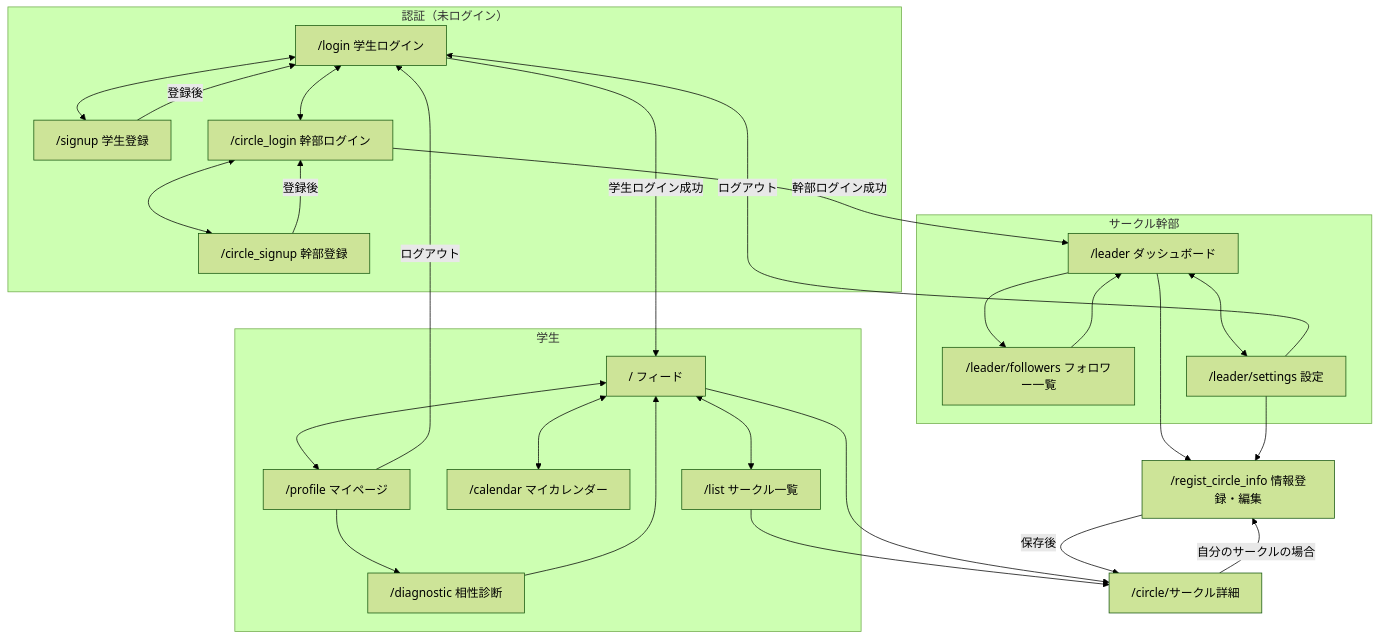
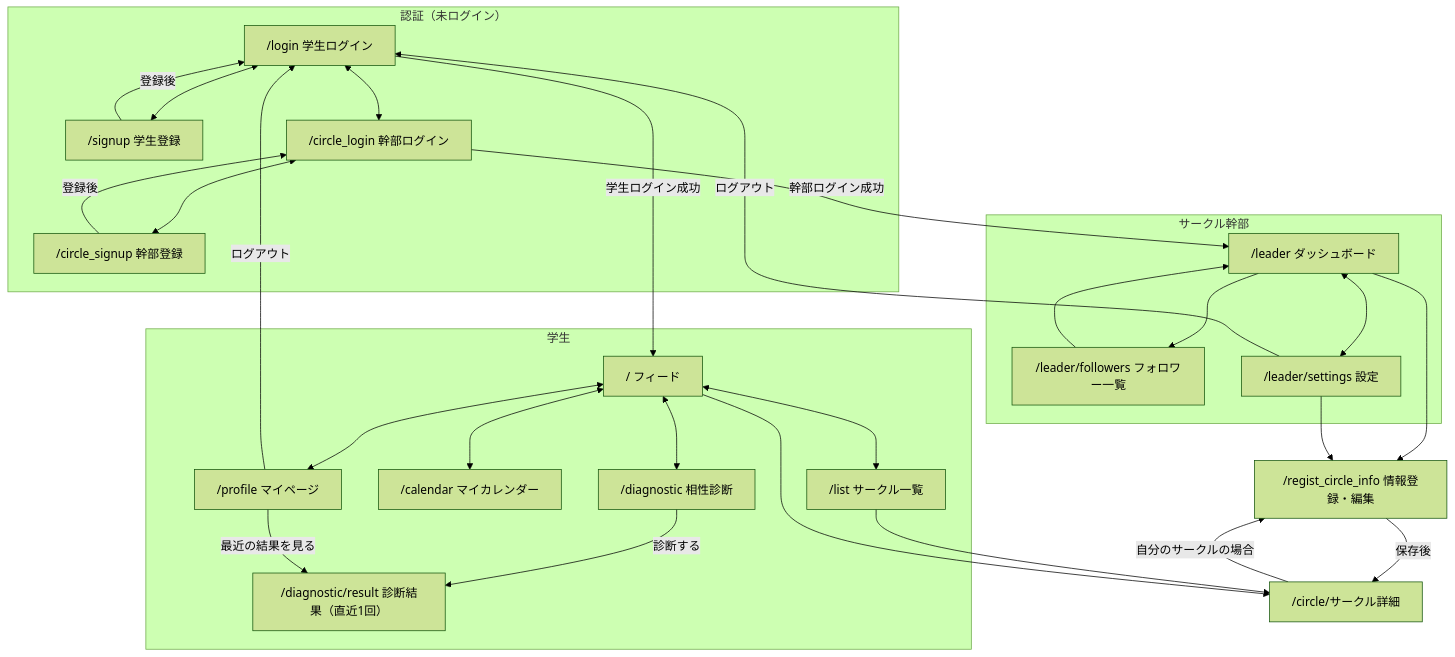
One commit to Ankou369/circle_search_app changed the diagram in README.md. Above: the diagram before and after it, drawn with Mermaid (forest theme). The commit also changed 3 other files, not shown here.

Commit message:
学生ナビに相性診断を追加（5項目）し、診断結果を履歴保存してマイページに直近1回分（上位3件＋日時）を表示。/diagnostic/result で前回結果を再表示できるようにした

````diff
--- a/README.md
+++ b/README.md
@@ -9,46 +9,48 @@
 ```mermaid
 flowchart TD
     subgraph auth ["認証（未ログイン）"]
         L["/login 学生ログイン"]
         SU["/signup 学生登録"]
         CL["/circle_login 幹部ログイン"]
         CS["/circle_signup 幹部登録"]
         L <--> SU
         CL <--> CS
         L <--> CL
     end
     subgraph student ["学生"]
         HOME["/ フィード"]
         LIST["/list サークル一覧"]
         CAL["/calendar マイカレンダー"]
         PROF["/profile マイページ"]
         DIAG["/diagnostic 相性診断"]
+        RES["/diagnostic/result 診断結果（直近1回）"]
         HOME <--> LIST
         HOME <--> CAL
         HOME <--> PROF
-        PROF --> DIAG
-        DIAG --> HOME
+        HOME <--> DIAG
+        DIAG -->|診断する| RES
+        PROF -->|最近の結果を見る| RES
     end
     subgraph leader ["サークル幹部"]
         DASH["/leader ダッシュボード"]
         FOL["/leader/followers フォロワー一覧"]
         SET["/leader/settings 設定"]
         DASH <--> SET
         DASH --> FOL
         FOL --> DASH
     end
     DET["/circle/サークル詳細"]
     REG["/regist_circle_info 情報登録・編集"]
     L -->|学生ログイン成功| HOME
     SU -->|登録後| L
     CL -->|幹部ログイン成功| DASH
     CS -->|登録後| CL
     LIST --> DET
     HOME --> DET
     DASH --> REG
     SET --> REG
     DET -->|自分のサークルの場合| REG
     REG -->|保存後| DET
     PROF -->|ログアウト| L
     SET -->|ログアウト| L
 ```
````
